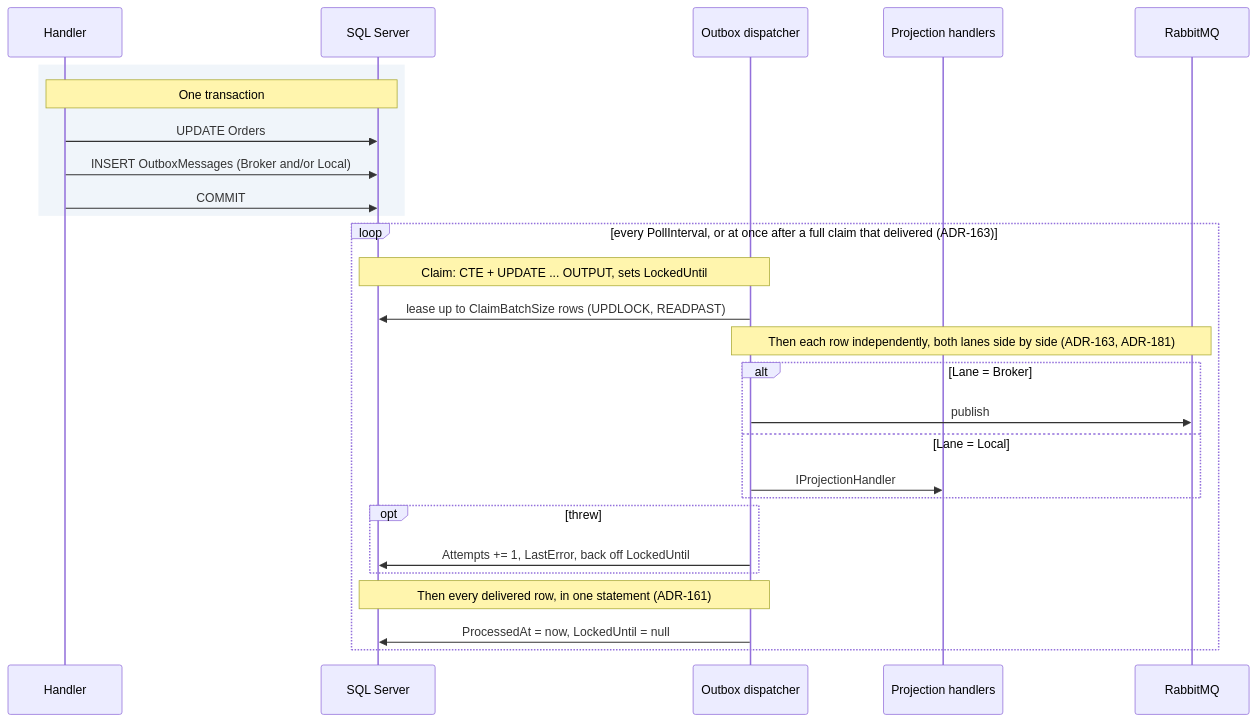
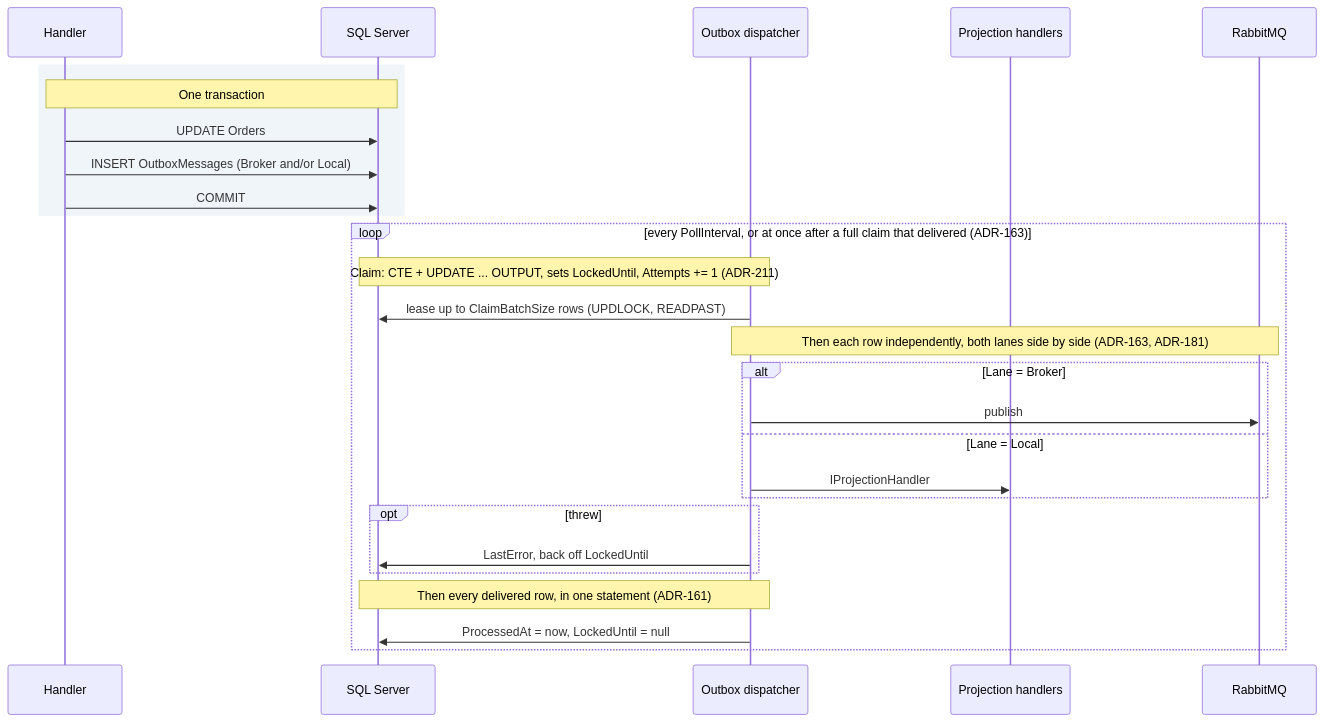
The first of 2 diagrams in docs/backend-architecture/09-messaging.md (alexander-shamray/blueprint-backend), drawn with Mermaid before and after one commit. The commit also changed other lines of this file and 6 other files, not shown here.

````diff
--- a/docs/backend-architecture/09-messaging.md
+++ b/docs/backend-architecture/09-messaging.md
@@ -441,34 +441,34 @@
 ```mermaid
 sequenceDiagram
     participant H as Handler
     participant DB as SQL Server
     participant D as Outbox dispatcher
     participant P as Projection handlers
     participant MQ as RabbitMQ
 
     rect rgb(240, 245, 250)
     Note over H,DB: One transaction
     H->>DB: UPDATE Orders
     H->>DB: INSERT OutboxMessages (Broker and/or Local)
     H->>DB: COMMIT
     end
 
     loop every PollInterval, or at once after a full claim that delivered (ADR-163)
-        Note over D,DB: Claim: CTE + UPDATE ... OUTPUT, sets LockedUntil
+        Note over D,DB: Claim: CTE + UPDATE ... OUTPUT, sets LockedUntil, Attempts += 1 (ADR-211)
         D->>DB: lease up to ClaimBatchSize rows (UPDLOCK, READPAST)
 
         Note over D,MQ: Then each row independently, both lanes side by side (ADR-163, ADR-181)
         alt Lane = Broker
             D->>MQ: publish
         else Lane = Local
             D->>P: IProjectionHandler
         end
 
         opt threw
-            D->>DB: Attempts += 1, LastError, back off LockedUntil
+            D->>DB: LastError, back off LockedUntil
         end
 
         Note over D,DB: Then every delivered row, in one statement (ADR-161)
         D->>DB: ProcessedAt = now, LockedUntil = null
     end
 ```
````
